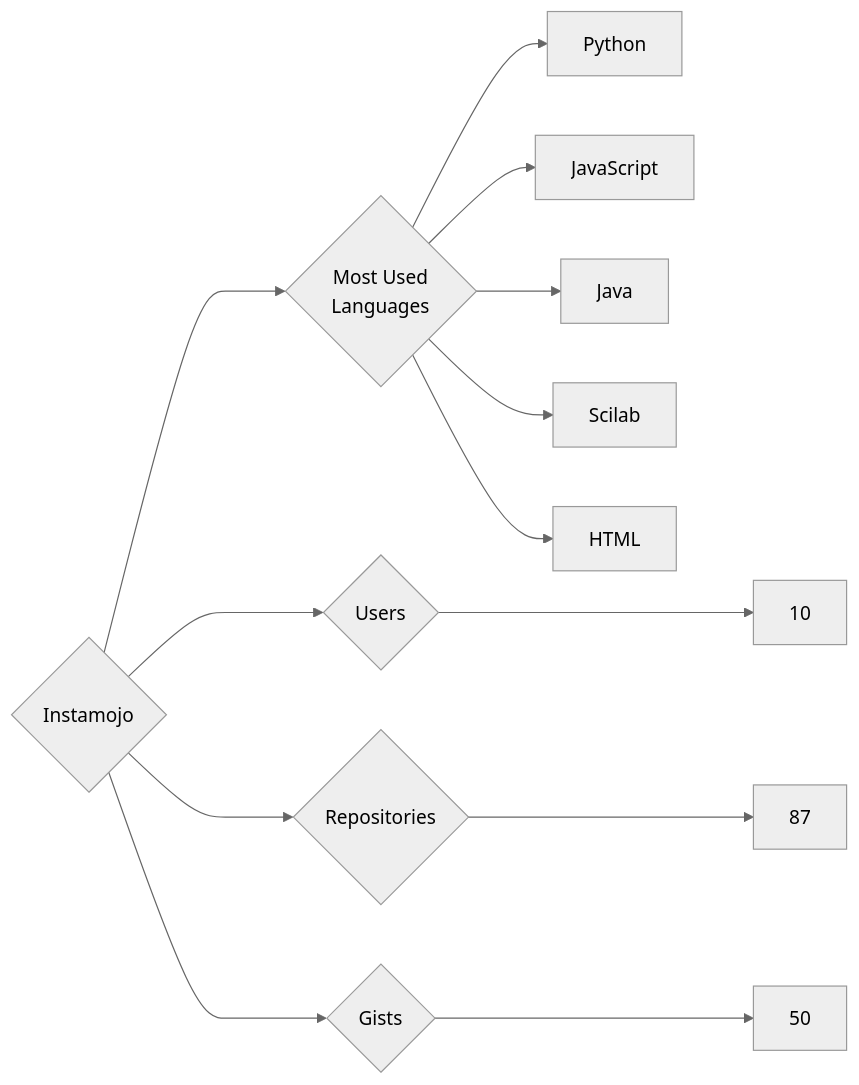
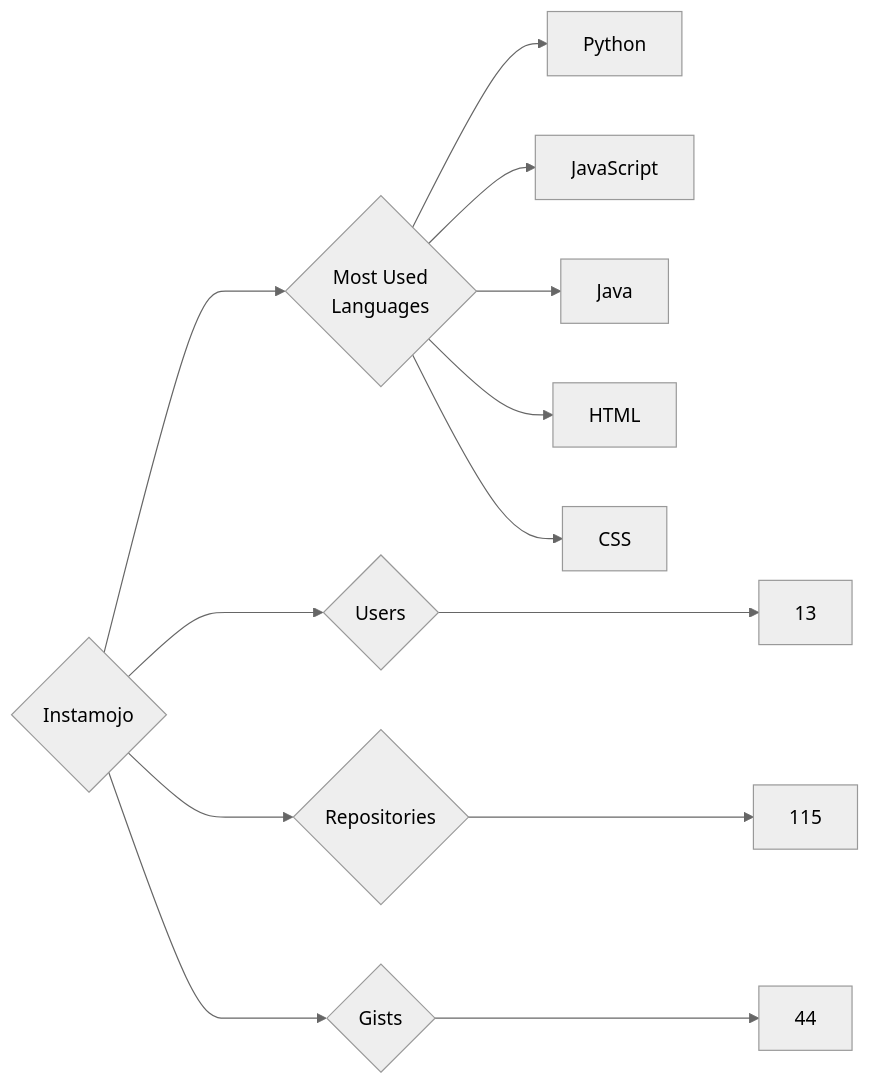
The diagram in targets/Instamojo/README.md (trickest/insiders), drawn with Mermaid (neutral theme) before and after one commit. The commit also changed 895 other files, not shown here.

````diff
--- a/targets/Instamojo/README.md
+++ b/targets/Instamojo/README.md
@@ -3,13 +3,13 @@
 ```mermaid
 graph LR
 COMPANY_NAME{Instamojo}
-COMPANY_NAME ---> U{Users} ---> UN[10]
-COMPANY_NAME ---> R{Repositories} ---> RN[87]
-COMPANY_NAME ---> G{Gists} ---> GN[50]
+COMPANY_NAME ---> U{Users} ---> UN[13]
+COMPANY_NAME ---> R{Repositories} ---> RN[115]
+COMPANY_NAME ---> G{Gists} ---> GN[44]
 COMPANY_NAME ---> ML{Most Used<br>Languages}
 ML --> Python[Python]
 ML --> JavaScript[JavaScript]
 ML --> Java[Java]
-ML --> Scilab[Scilab]
 ML --> HTML[HTML]
+ML --> CSS[CSS]
 ```
````
